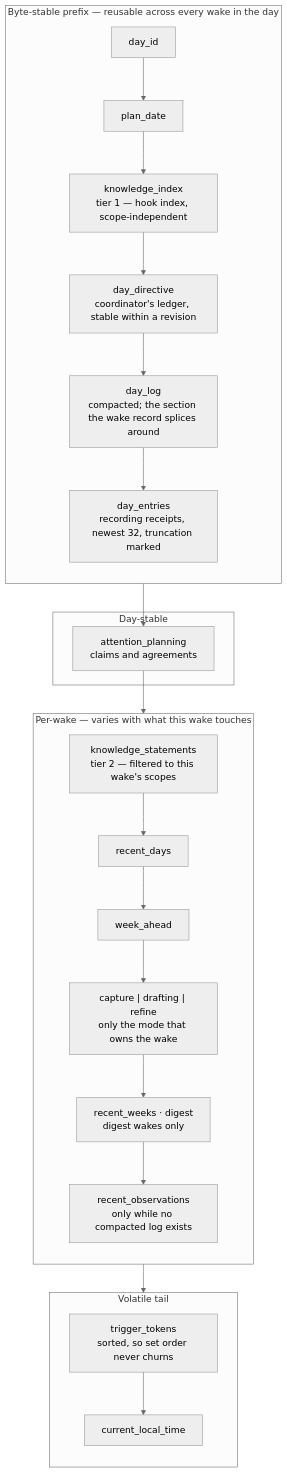
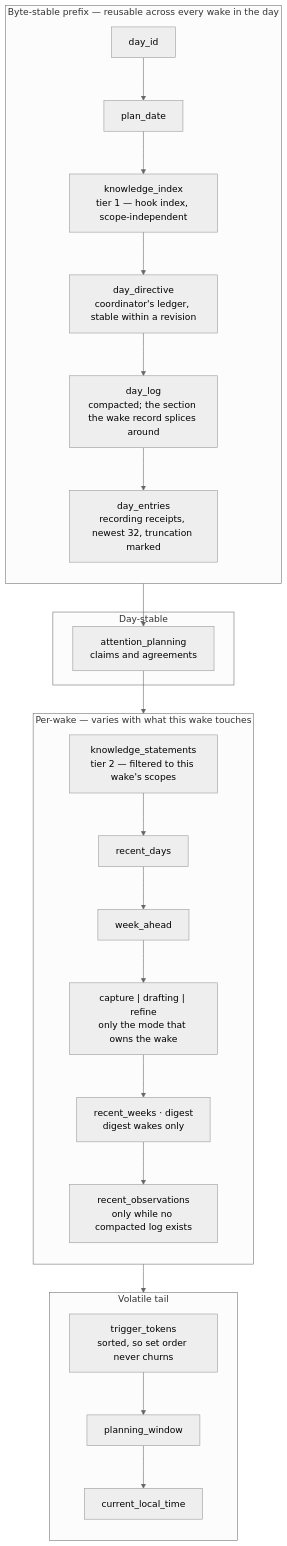
Before and after one commit to matthiasn/lotti: the diagram in knowledge/features/daily_os_next/wake-prompt.md, drawn with Mermaid (neutral theme). The commit also changed other lines of this file and 5 other files, not shown here.

````diff
--- a/knowledge/features/daily_os_next/wake-prompt.md
+++ b/knowledge/features/daily_os_next/wake-prompt.md
@@ -135,33 +138,34 @@
 ```mermaid
 flowchart TD
   subgraph Prefix["Byte-stable prefix — reusable across every wake in the day"]
     direction TB
     A1["day_id"] --> A2["plan_date"]
     A2 --> A3["knowledge_index<br/>tier 1 — hook index, scope-independent"]
     A3 --> A4["day_directive<br/>coordinator's ledger, stable within a revision"]
     A4 --> A5["day_log<br/>compacted; the section the wake record splices around"]
     A5 --> A6["day_entries<br/>recording receipts, newest 32, truncation marked"]
   end
 
   subgraph DayStable["Day-stable"]
     B1["attention_planning<br/>claims and agreements"]
   end
 
   subgraph PerWake["Per-wake — varies with what this wake touches"]
     direction TB
     C1["knowledge_statements<br/>tier 2 — filtered to this wake's scopes"]
     C1 --> C2["recent_days"]
     C2 --> C3["week_ahead"]
     C3 --> C4["capture | drafting | refine<br/>only the mode that owns the wake"]
     C4 --> C5["recent_weeks · digest<br/>digest wakes only"]
     C5 --> C6["recent_observations<br/>only while no compacted log exists"]
   end
 
   subgraph Tail["Volatile tail"]
     direction TB
-    D1["trigger_tokens<br/>sorted, so set order never churns"] --> D2["current_local_time"]
+    D1["trigger_tokens<br/>sorted, so set order never churns"] --> D1b["planning_window"]
+    D1b --> D2["current_local_time"]
   end
 
   A6 --> B1 --> C1
   C6 --> D1
 ```
````
